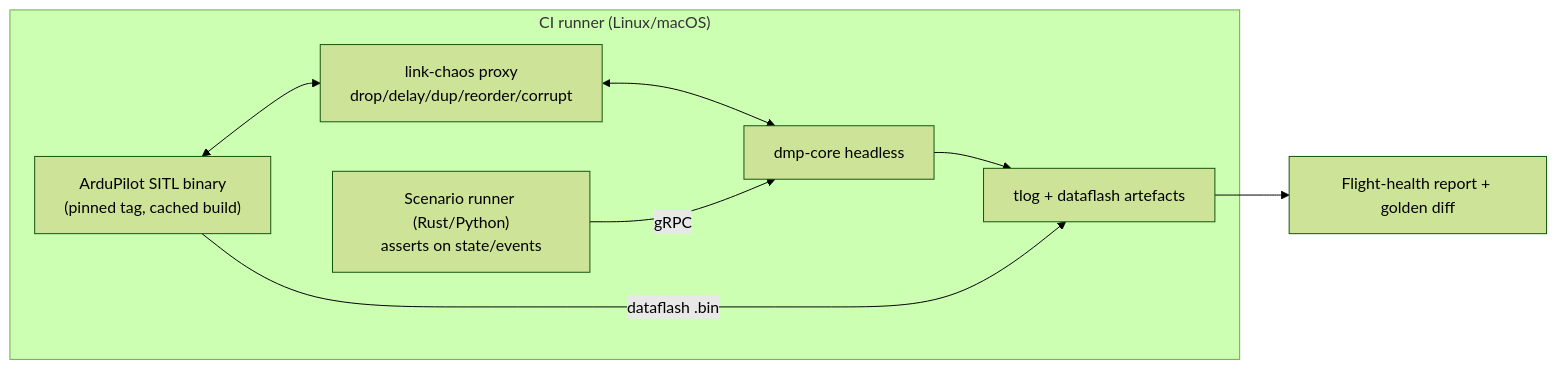
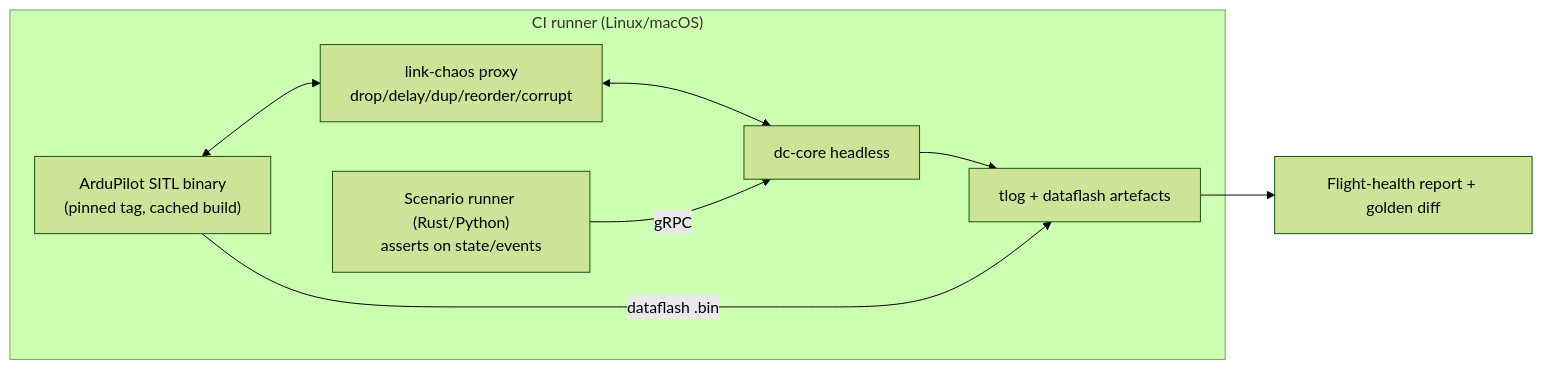
One commit to djdanou-cloud/drorcontrol changed the first of 3 diagrams in docs/plan/08-safety-vv.md. Above: the diagram before and after it, drawn with Mermaid (forest theme). The commit also changed 8 other files, not shown here.

````diff
--- a/docs/plan/08-safety-vv.md
+++ b/docs/plan/08-safety-vv.md
@@ -22,15 +22,15 @@
 ```mermaid
 flowchart LR
   subgraph CI["CI runner (Linux/macOS)"]
     SITL["ArduPilot SITL binary<br/>(pinned tag, cached build)"]
     CHAOS["link-chaos proxy<br/>drop/delay/dup/reorder/corrupt"]
-    CORE["dmp-core headless"]
+    CORE["dc-core headless"]
     PILOT["Scenario runner (Rust/Python)<br/>asserts on state/events"]
     REC["tlog + dataflash artefacts"]
   end
   SITL <--> CHAOS <--> CORE
   PILOT -->|gRPC| CORE
   CORE --> REC
   SITL -->|dataflash .bin| REC
   REC --> RPT["Flight-health report + golden diff"]
 ```
````
